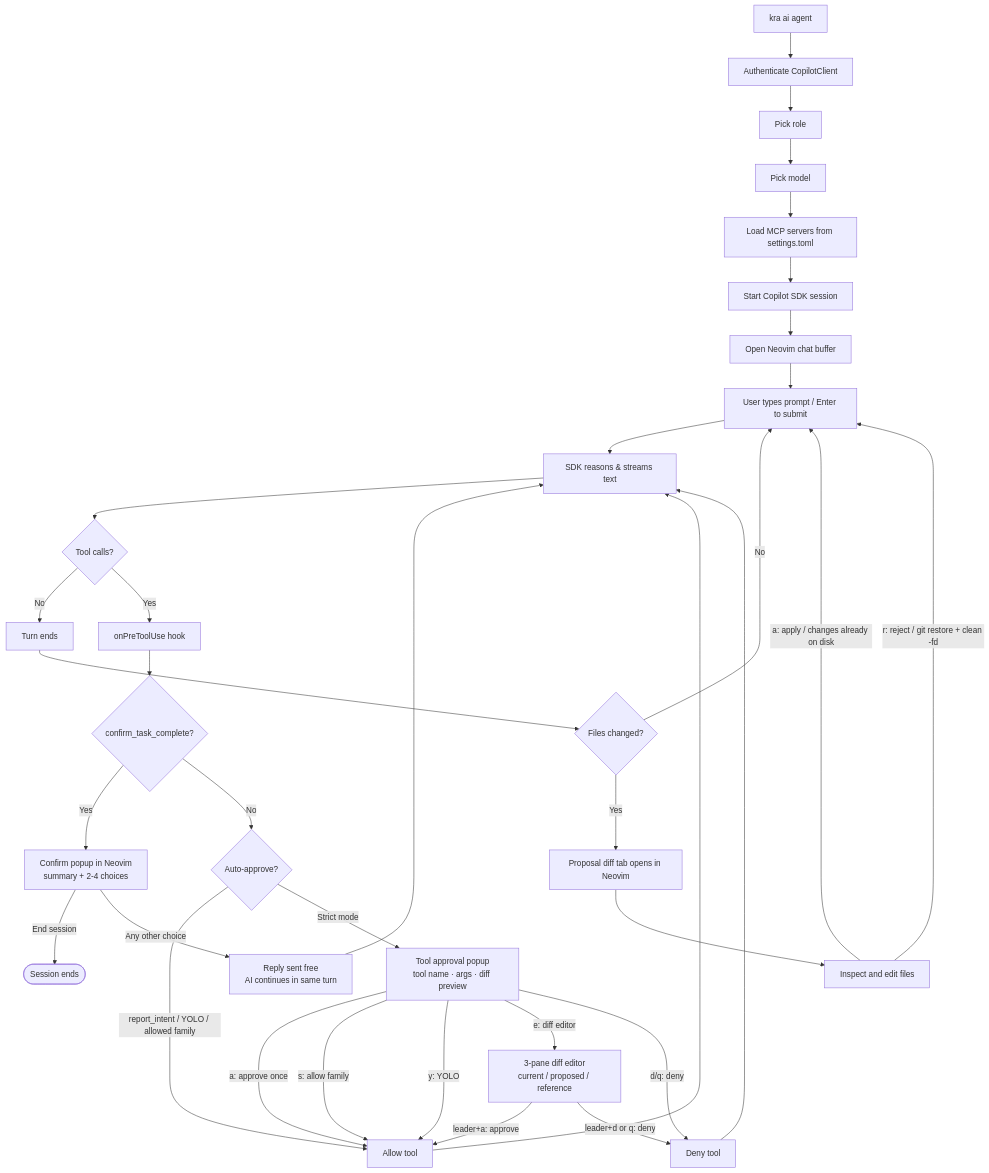
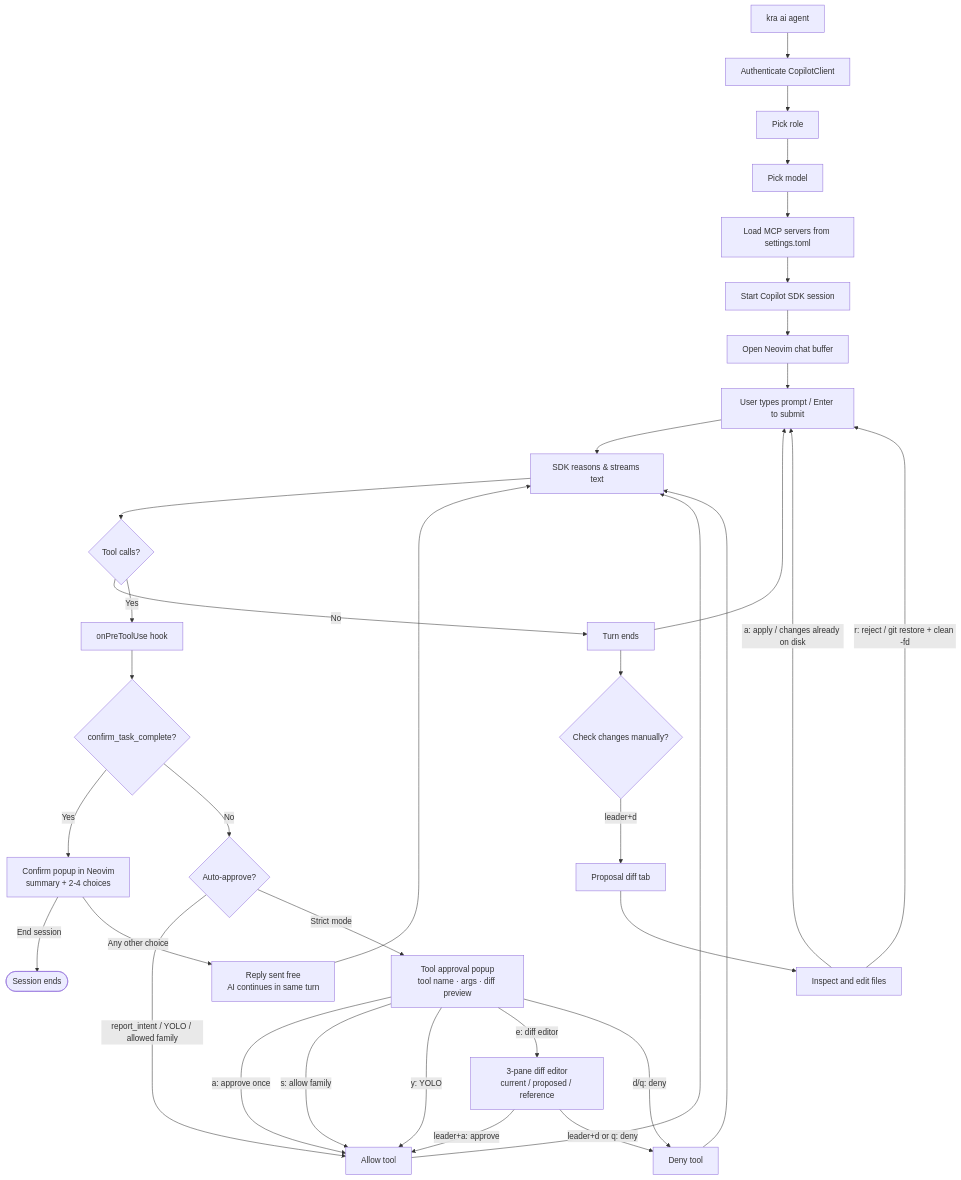
One commit to ChrisRistoff/kra-tmux changed the diagram in COPILOT-AGENT.md. Above: the diagram before and after it, drawn with Mermaid. The commit also changed other lines of this file and 107 other files, not shown here.

````diff
--- a/COPILOT-AGENT.md
+++ b/COPILOT-AGENT.md
@@ -67,43 +67,43 @@
 ```mermaid
 flowchart TD
     START["kra ai agent"] --> AUTH[Authenticate CopilotClient]
     AUTH --> ROLE[Pick role]
     ROLE --> MODEL[Pick model]
     MODEL --> MCP[Load MCP servers from settings.toml]
     MCP --> SESSION[Start Copilot SDK session]
     SESSION --> NVIM[Open Neovim chat buffer]
 
     NVIM --> PROMPT[User types prompt / Enter to submit]
     PROMPT --> SDK[SDK reasons & streams text]
     SDK --> TOOLS{Tool calls?}
     TOOLS -- No --> TURN_END[Turn ends]
     TOOLS -- Yes --> PRETOOL[onPreToolUse hook]
 
     PRETOOL --> IS_CONFIRM{confirm_task_complete?}
     IS_CONFIRM -- Yes --> CONFIRM_POPUP[Confirm popup in Neovim\nsummary + 2-4 choices]
     CONFIRM_POPUP -- End session --> DONE([Session ends])
     CONFIRM_POPUP -- Any other choice --> FREE[Reply sent free\nAI continues in same turn]
     FREE --> SDK
 
     IS_CONFIRM -- No --> AUTO{Auto-approve?}
     AUTO -- report_intent / YOLO / allowed family --> ALLOW[Allow tool]
 
     AUTO -- Strict mode --> APPROVE_POPUP[Tool approval popup\ntool name · args · diff preview]
     APPROVE_POPUP -- a: approve once --> ALLOW
     APPROVE_POPUP -- s: allow family --> ALLOW
     APPROVE_POPUP -- y: YOLO --> ALLOW
     APPROVE_POPUP -- e: diff editor --> DIFF_EDITOR[3-pane diff editor\ncurrent / proposed / reference]
     DIFF_EDITOR -- leader+a: approve --> ALLOW
     DIFF_EDITOR -- leader+d or q: deny --> DENY[Deny tool]
     APPROVE_POPUP -- d/q: deny --> DENY
 
     ALLOW --> SDK
     DENY --> SDK
 
-    TURN_END --> CHANGED{Files changed?}
-    CHANGED -- No --> PROMPT
-    CHANGED -- Yes --> DIFF_TAB[Proposal diff tab opens in Neovim]
+    TURN_END --> PROMPT
+    TURN_END --> CHANGED{Check changes manually?}
+    CHANGED -- leader+d --> DIFF_TAB[Proposal diff tab]
     DIFF_TAB --> REVIEW[Inspect and edit files]
     REVIEW -- a: apply / changes already on disk --> PROMPT
     REVIEW -- r: reject / git restore + clean -fd --> PROMPT
 ```
````
